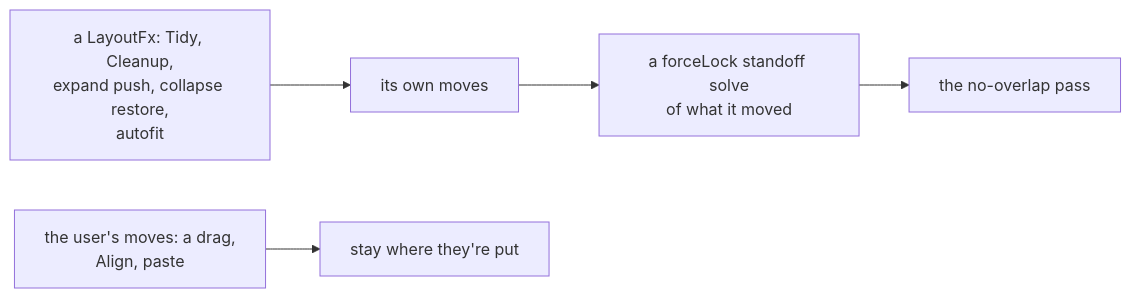
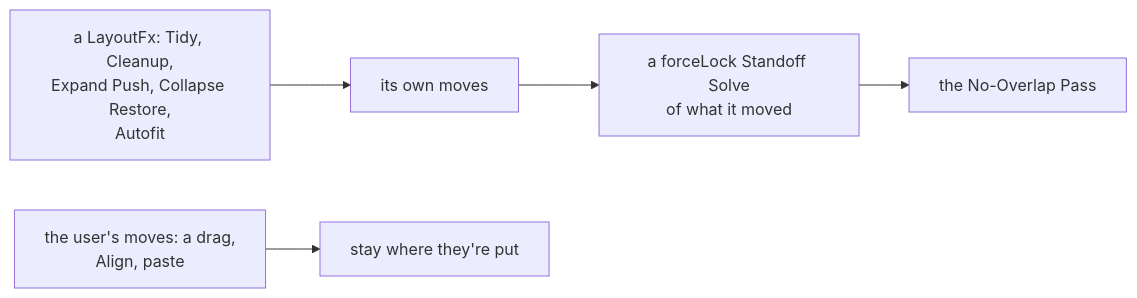
One commit to bubba8587/solenoid changed the second of 2 diagrams in tree/specs/canvas/group-expand-push.md. Above: the diagram before and after it, drawn with Mermaid. The commit also changed other lines of this file and 7 other files, not shown here.

````diff
--- a/tree/specs/canvas/group-expand-push.md
+++ b/tree/specs/canvas/group-expand-push.md
@@ -69,7 +69,7 @@
 ```mermaid
 flowchart LR
-    fx["a LayoutFx: Tidy, Cleanup,<br>expand push, collapse restore,<br>autofit"] --> own["its own moves"]
-    own --> solve["a forceLock standoff solve<br>of what it moved"]
-    solve --> ov["the no-overlap pass"]
+    fx["a LayoutFx: Tidy, Cleanup,<br>Expand Push, Collapse Restore,<br>Autofit"] --> own["its own moves"]
+    own --> solve["a forceLock Standoff Solve<br>of what it moved"]
+    solve --> ov["the No-Overlap Pass"]
     user["the user's moves: a drag,<br>Align, paste"] --> stay["stay where they're put"]
 ```
````
